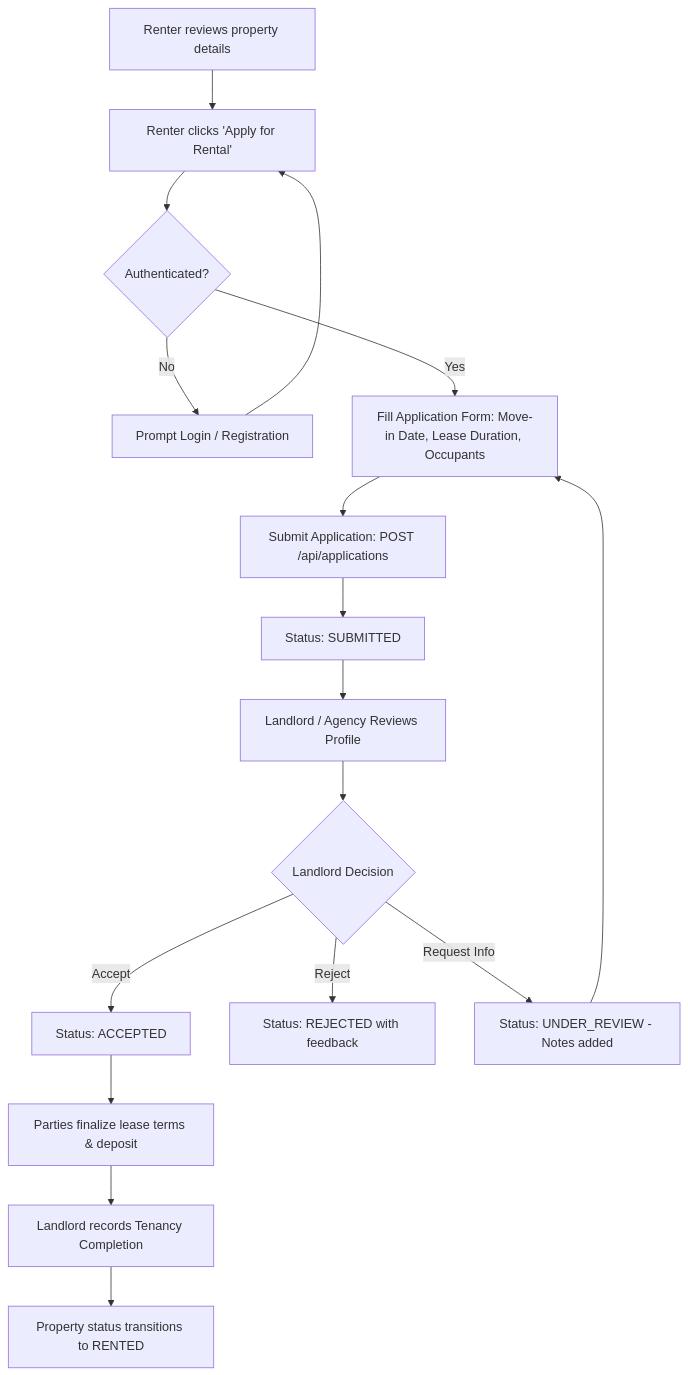
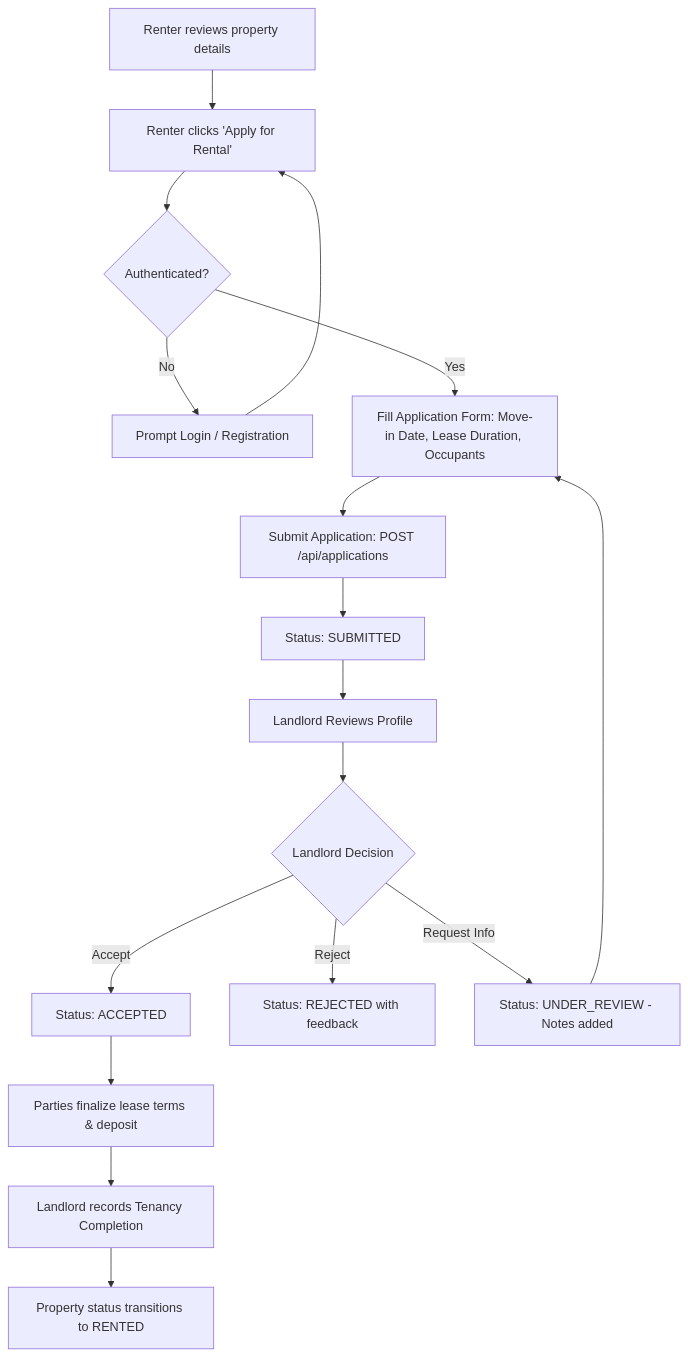
One commit to kefta19/ETrental-system changed the fourth of 4 diagrams in ETrental_Renter_Dashboard_and_Search_Workflow.md. Above: the diagram before and after it, drawn with Mermaid. The commit also changed other lines of this file and 194 other files, not shown here.

````diff
--- a/ETrental_Renter_Dashboard_and_Search_Workflow.md
+++ b/ETrental_Renter_Dashboard_and_Search_Workflow.md
@@ -227,21 +227,21 @@
 ```mermaid
 flowchart TD
     A[Renter reviews property details] --> B[Renter clicks 'Apply for Rental']
     B --> C{Authenticated?}
     C -->|No| D[Prompt Login / Registration]
     D --> B
     C -->|Yes| E[Fill Application Form: Move-in Date, Lease Duration, Occupants]
     E --> F[Submit Application: POST /api/applications]
     F --> G[Status: SUBMITTED]
-    G --> H[Landlord / Agency Reviews Profile]
+    G --> H[Landlord Reviews Profile]
     
     H --> Decision{Landlord Decision}
     Decision -->|Accept| J[Status: ACCEPTED]
     Decision -->|Reject| K[Status: REJECTED with feedback]
     Decision -->|Request Info| L[Status: UNDER_REVIEW - Notes added]
     
     L --> E
     J --> M[Parties finalize lease terms & deposit]
     M --> N[Landlord records Tenancy Completion]
     N --> O[Property status transitions to RENTED]
 ```
````
